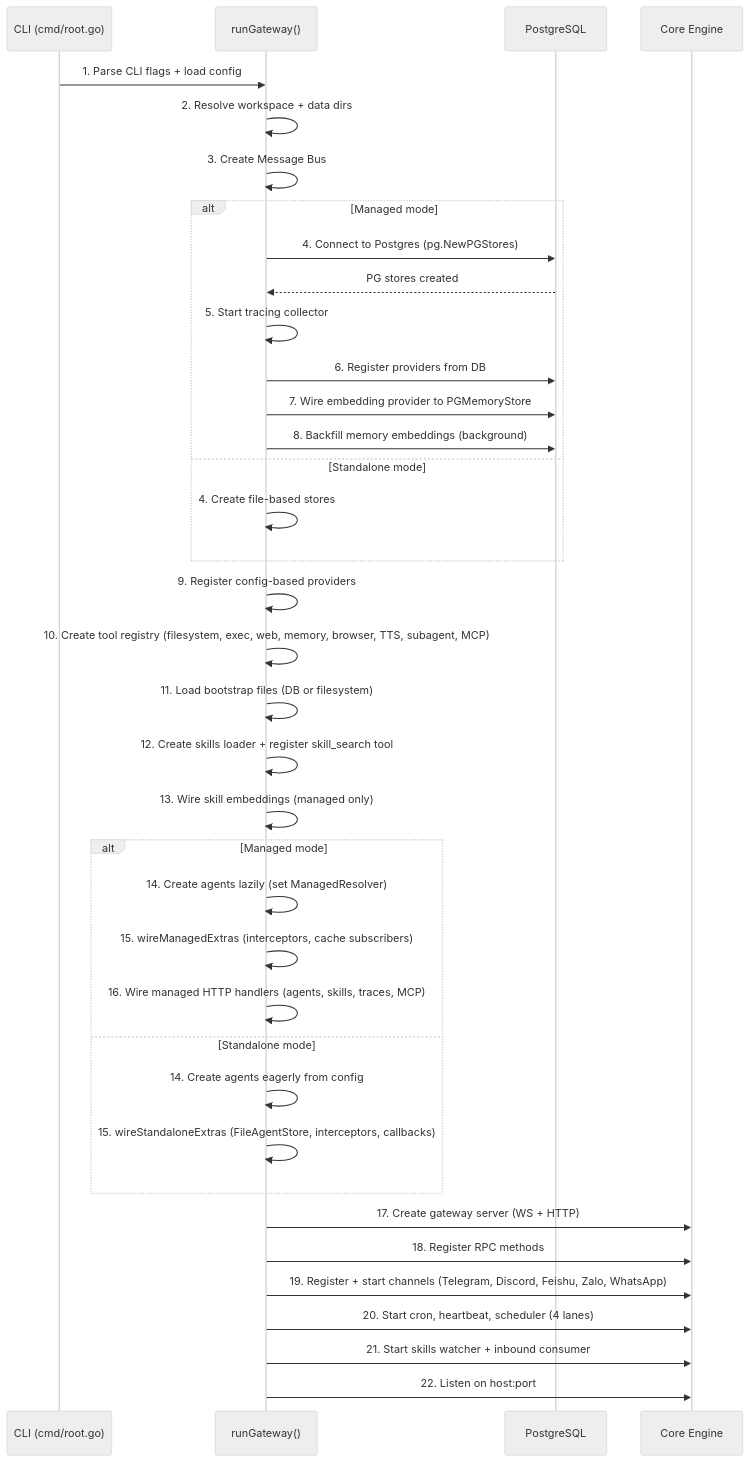
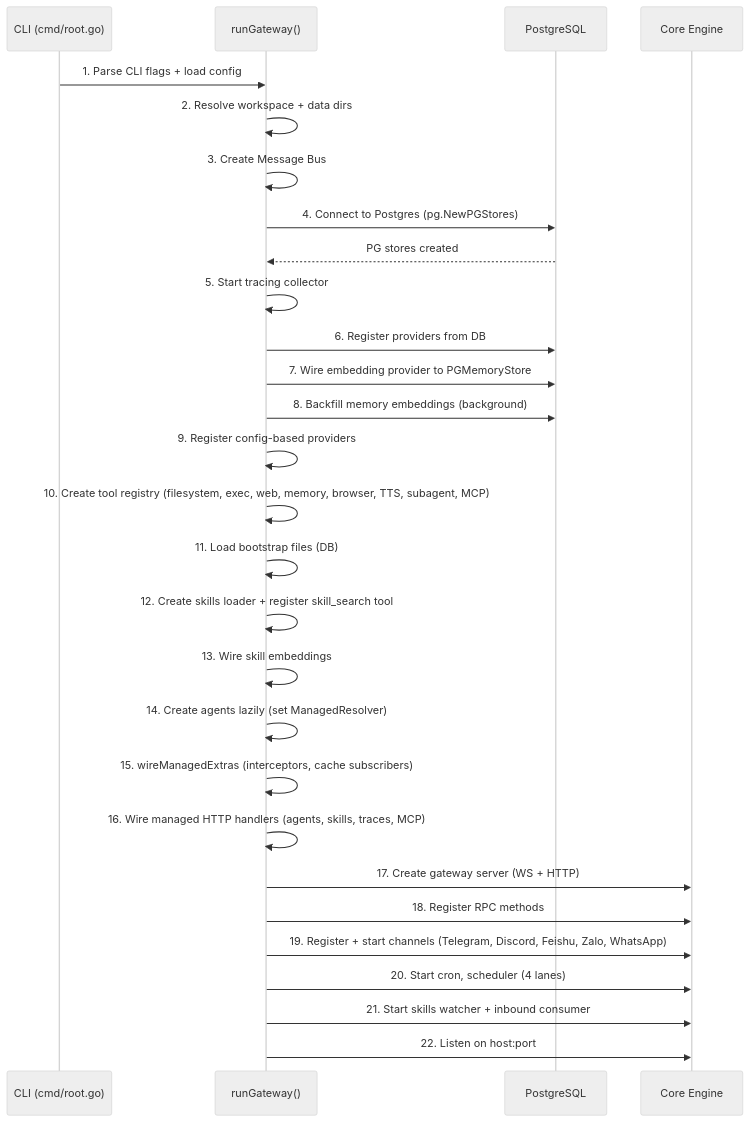
One commit to qkhalk/goclaw changed the third of 6 diagrams in docs/00-architecture-overview.md. Above: the diagram before and after it, drawn with Mermaid (neutral theme). The commit also changed other lines of this file and 182 other files, not shown here.

First line of the commit message:
refactor: remove standalone mode, consolidate to managed-only (PostgreSQL) (#70)

````diff
--- a/docs/00-architecture-overview.md
+++ b/docs/00-architecture-overview.md
@@ -231,44 +198,35 @@
 ```mermaid
 sequenceDiagram
     participant CLI as CLI (cmd/root.go)
     participant GW as runGateway()
     participant PG as PostgreSQL
     participant Engine as Core Engine
 
     CLI->>GW: 1. Parse CLI flags + load config
     GW->>GW: 2. Resolve workspace + data dirs
     GW->>GW: 3. Create Message Bus
 
-    alt Managed mode
-        GW->>PG: 4. Connect to Postgres (pg.NewPGStores)
-        PG-->>GW: PG stores created
-        GW->>GW: 5. Start tracing collector
-        GW->>PG: 6. Register providers from DB
-        GW->>PG: 7. Wire embedding provider to PGMemoryStore
-        GW->>PG: 8. Backfill memory embeddings (background)
-    else Standalone mode
-        GW->>GW: 4. Create file-based stores
-    end
+    GW->>PG: 4. Connect to Postgres (pg.NewPGStores)
+    PG-->>GW: PG stores created
+    GW->>GW: 5. Start tracing collector
+    GW->>PG: 6. Register providers from DB
+    GW->>PG: 7. Wire embedding provider to PGMemoryStore
+    GW->>PG: 8. Backfill memory embeddings (background)
 
     GW->>GW: 9. Register config-based providers
     GW->>GW: 10. Create tool registry (filesystem, exec, web, memory, browser, TTS, subagent, MCP)
-    GW->>GW: 11. Load bootstrap files (DB or filesystem)
+    GW->>GW: 11. Load bootstrap files (DB)
     GW->>GW: 12. Create skills loader + register skill_search tool
-    GW->>GW: 13. Wire skill embeddings (managed only)
+    GW->>GW: 13. Wire skill embeddings
 
-    alt Managed mode
-        GW->>GW: 14. Create agents lazily (set ManagedResolver)
-        GW->>GW: 15. wireManagedExtras (interceptors, cache subscribers)
-        GW->>GW: 16. Wire managed HTTP handlers (agents, skills, traces, MCP)
-    else Standalone mode
-        GW->>GW: 14. Create agents eagerly from config
-        GW->>GW: 15. wireStandaloneExtras (FileAgentStore, interceptors, callbacks)
-    end
+    GW->>GW: 14. Create agents lazily (set ManagedResolver)
+    GW->>GW: 15. wireManagedExtras (interceptors, cache subscribers)
+    GW->>GW: 16. Wire managed HTTP handlers (agents, skills, traces, MCP)
 
     GW->>Engine: 17. Create gateway server (WS + HTTP)
     GW->>Engine: 18. Register RPC methods
     GW->>Engine: 19. Register + start channels (Telegram, Discord, Feishu, Zalo, WhatsApp)
-    GW->>Engine: 20. Start cron, heartbeat, scheduler (4 lanes)
+    GW->>Engine: 20. Start cron, scheduler (4 lanes)
     GW->>Engine: 21. Start skills watcher + inbound consumer
     GW->>Engine: 22. Listen on host:port
 ```
````
